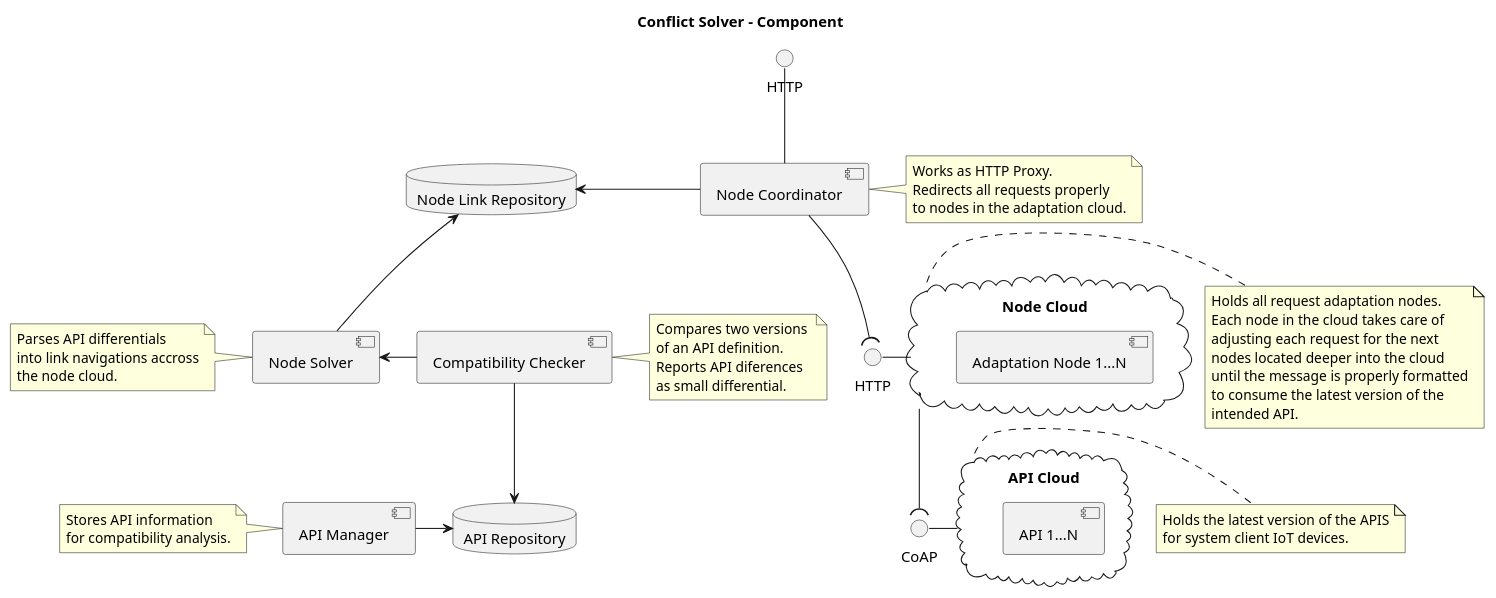
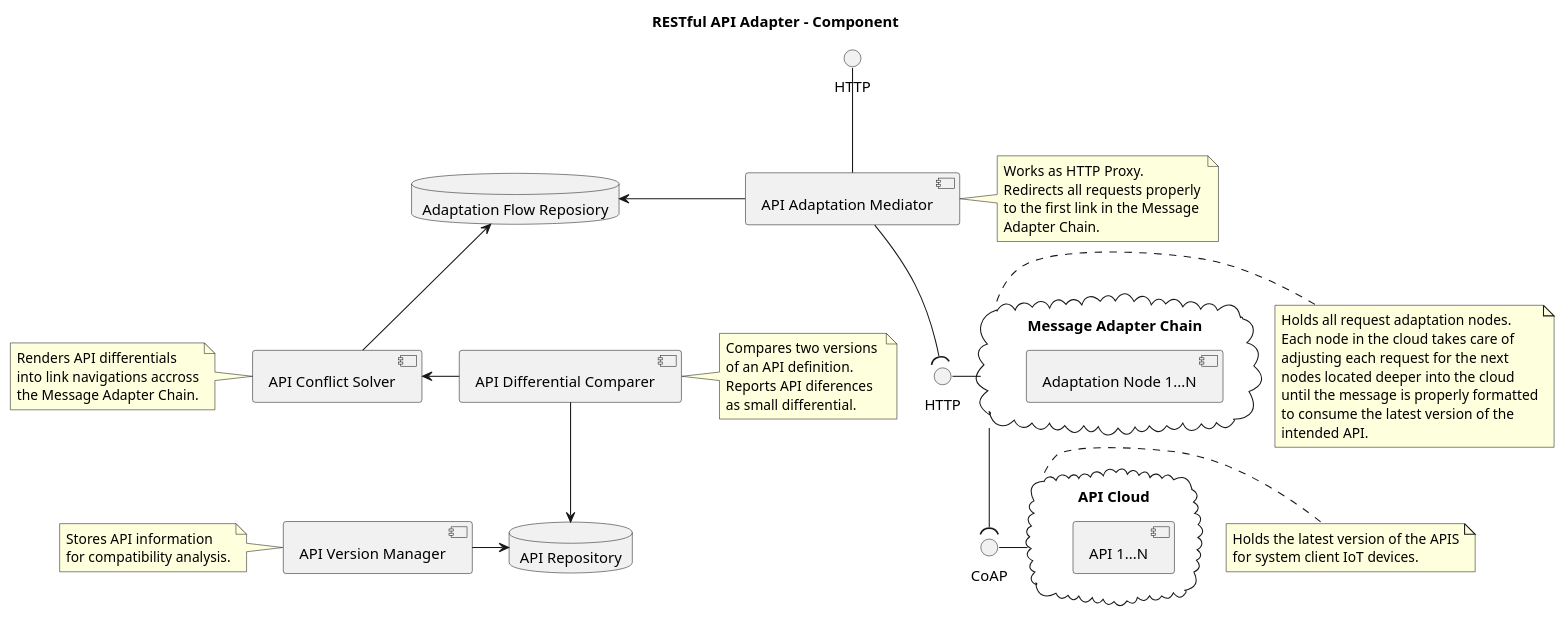
Before and after one commit to AndesRafa/IoT_Challenge8: the diagram in 06.Conflict_Solver/02.Solution_Architecture_Component.puml, drawn with PlantUML. The commit also changed 1 other file, not shown here.

Commit message:
Updated solution component names

```diff
--- a/06.Conflict_Solver/02.Solution_Architecture_Component.puml
+++ b/06.Conflict_Solver/02.Solution_Architecture_Component.puml
@@ -1,89 +1,88 @@
 @startuml
-
 'Title'
-title Conflict Solver - Component
+title RESTful API Adapter - Component
 
 'Use UML2 icons'
 skinparam componentStyle uml2
 
 
 'Components'
-component "API Manager" as apimngr
-component "Compatibility Checker" as compchecker
-component "Node Solver" as nodesolver
-component "Node Coordinator" as nodecoor
+component "API Version Manager" as apimngr
+component "API Differential Comparer" as compchecker
+component "API Conflict Solver" as nodesolver
+component "API Adaptation Mediator" as nodecoor
 
 
 'Interfaces'
 interface "HTTP" as http_nodecoor
 interface "HTTP" as http_nodecloud
 interface "CoAP" as coap_apicloud
 
 
 
 'Clouds'
-cloud "Node Cloud" as nodecloud {
+cloud "Message Adapter Chain" as nodecloud {
     component "Adaptation Node 1...N" as apinodes
 }
 cloud "API Cloud" as apicloud {
     component "API 1...N" as apis
 }
 
 'Repositories'
 database "API Repository" as apirep
-database "Node Link Repository" as noderep
+database "Adaptation Flow Reposiory" as noderep
 
 
 'Relations'
 http_nodecoor -down- nodecoor
 nodecoor -left-> noderep
 nodecoor -down-( http_nodecloud
 http_nodecloud -right- nodecloud
 nodecloud -down-( coap_apicloud
 coap_apicloud -right- apicloud
 nodesolver -up-> noderep
 nodesolver <-right- compchecker
 compchecker -down-> apirep
 apimngr -right-> apirep
 
 'Notes'
 note right of nodecoor
     Works as HTTP Proxy.
     Redirects all requests properly
-    to nodes in the adaptation cloud.
+    to the first link in the Message 
+    Adapter Chain.
 end note
 
 note right of compchecker
     Compares two versions 
     of an API definition.
     Reports API diferences 
     as small differential.
 end note
 
 note left of nodesolver
-    Parses API differentials
+    Renders API differentials
     into link navigations accross
-    the node cloud.
+    the Message Adapter Chain.
 end note
 
 note left of apimngr
     Stores API information
     for compatibility analysis.
 end note
 
 note right of nodecloud
     Holds all request adaptation nodes.
     Each node in the cloud takes care of
     adjusting each request for the next
     nodes located deeper into the cloud
     until the message is properly formatted
     to consume the latest version of the
     intended API.
 end note
 
 note right of apicloud
     Holds the latest version of the APIS
     for system client IoT devices.
 end note
-
 @enduml
```
